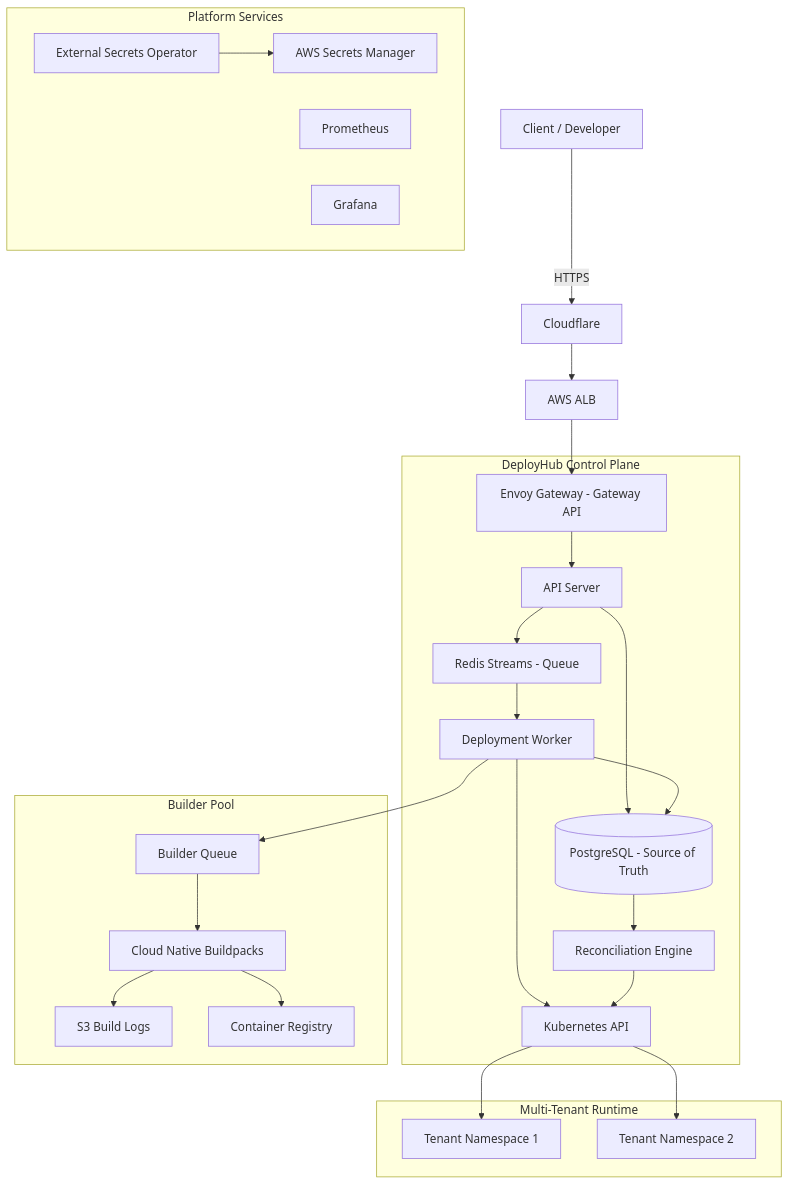
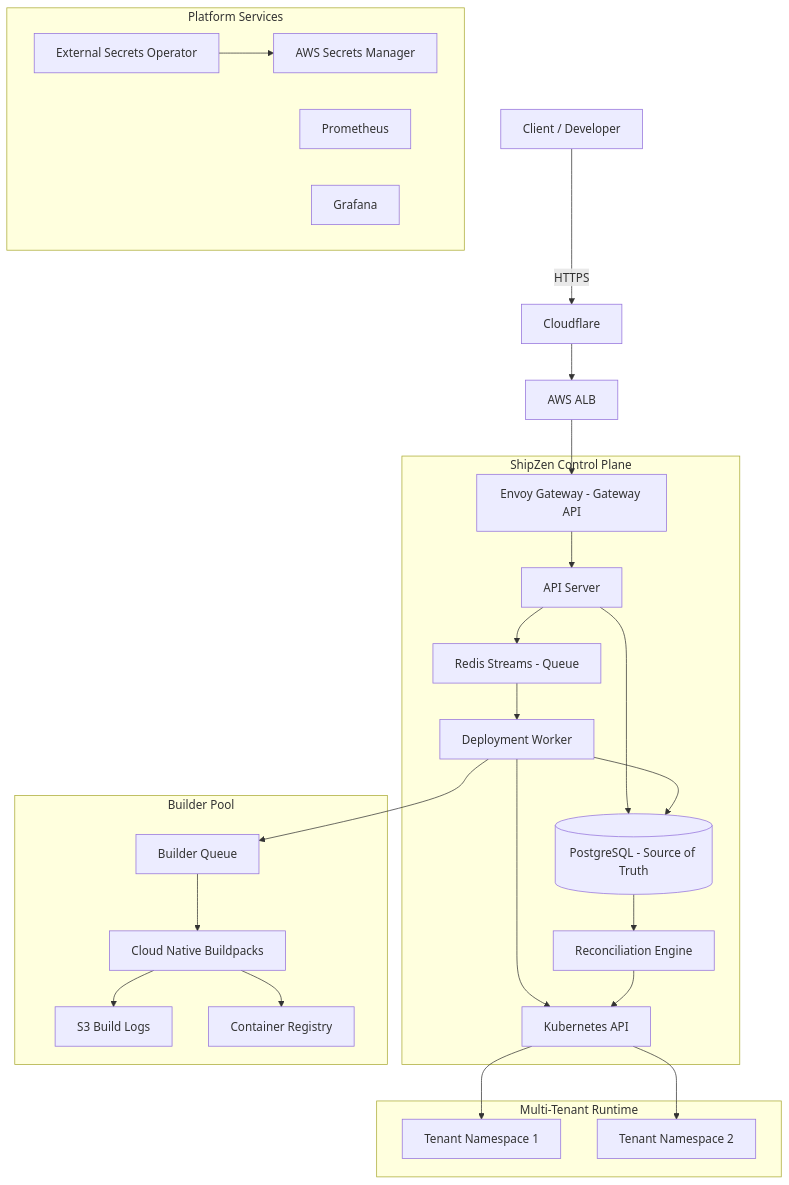
Before and after one commit to jeneeldumasia/DeployHub: the diagram in docs/architecture/01-target-architecture.md, drawn with Mermaid. The commit also changed 87 other files, not shown here.

Commit message:
Rename DeployHub to ShipZen and revamp UI to Glassmorphism

````diff
--- a/docs/architecture/01-target-architecture.md
+++ b/docs/architecture/01-target-architecture.md
@@ -3,37 +3,37 @@
 ```mermaid
 graph TD
     Client[Client / Developer] -->|HTTPS| CF[Cloudflare]
     CF --> ALB[AWS ALB]
     ALB --> EG[Envoy Gateway - Gateway API]
     
-    subgraph DeployHub Control Plane
+    subgraph ShipZen Control Plane
         EG --> API[API Server]
         API --> Redis[Redis Streams - Queue]
         API --> Postgres[(PostgreSQL - Source of Truth)]
         
         Redis --> Worker[Deployment Worker]
         Worker --> Postgres
         Worker --> K8sAPI[Kubernetes API]
         
         Postgres --> Controller[Reconciliation Engine]
         Controller --> K8sAPI
     end
     
     subgraph Builder Pool
         Worker --> BuilderQueue[Builder Queue]
         BuilderQueue --> Builder[Cloud Native Buildpacks]
         Builder --> S3_Logs[S3 Build Logs]
         Builder --> Registry[Container Registry]
     end
     
     subgraph Multi-Tenant Runtime
         K8sAPI --> T1[Tenant Namespace 1]
         K8sAPI --> T2[Tenant Namespace 2]
     end
     
     subgraph Platform Services
         ESO[External Secrets Operator] --> AWS_SM[AWS Secrets Manager]
         Prometheus[Prometheus]
         Grafana[Grafana]
     end
 ```
````
